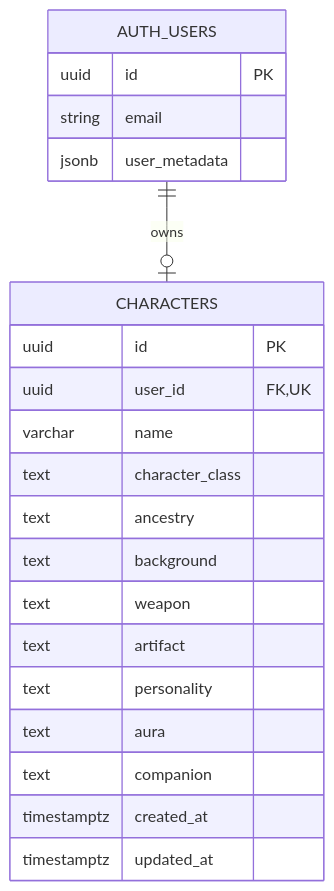
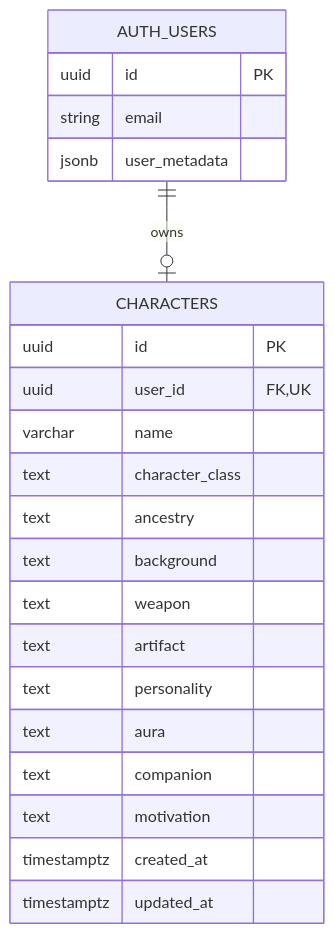
Before and after one commit to AlexandroLeao/rpg-character-creator: the diagram in docs/uml/data-model.md, drawn with Mermaid. The commit also changed other lines of this file and 8 other files, not shown here.

Commit message:
docs: align six-stage character creator and export roadmap

````diff
--- a/docs/uml/data-model.md
+++ b/docs/uml/data-model.md
@@ -5,26 +13,27 @@
 ```mermaid
 erDiagram
     AUTH_USERS ||--o| CHARACTERS : owns
 
     AUTH_USERS {
         uuid id PK
         string email
         jsonb user_metadata
     }
 
     CHARACTERS {
         uuid id PK
         uuid user_id FK,UK
         varchar name
         text character_class
         text ancestry
         text background
         text weapon
         text artifact
         text personality
         text aura
         text companion
+        text motivation
         timestamptz created_at
         timestamptz updated_at
     }
 ```
````
